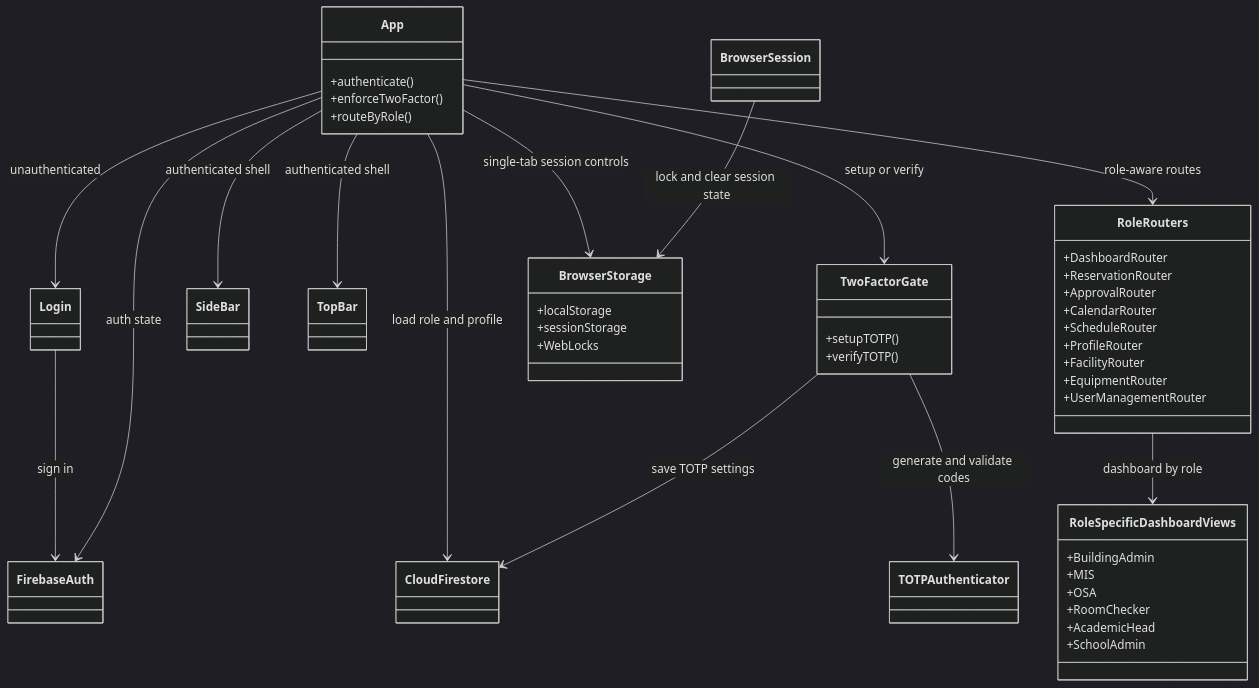
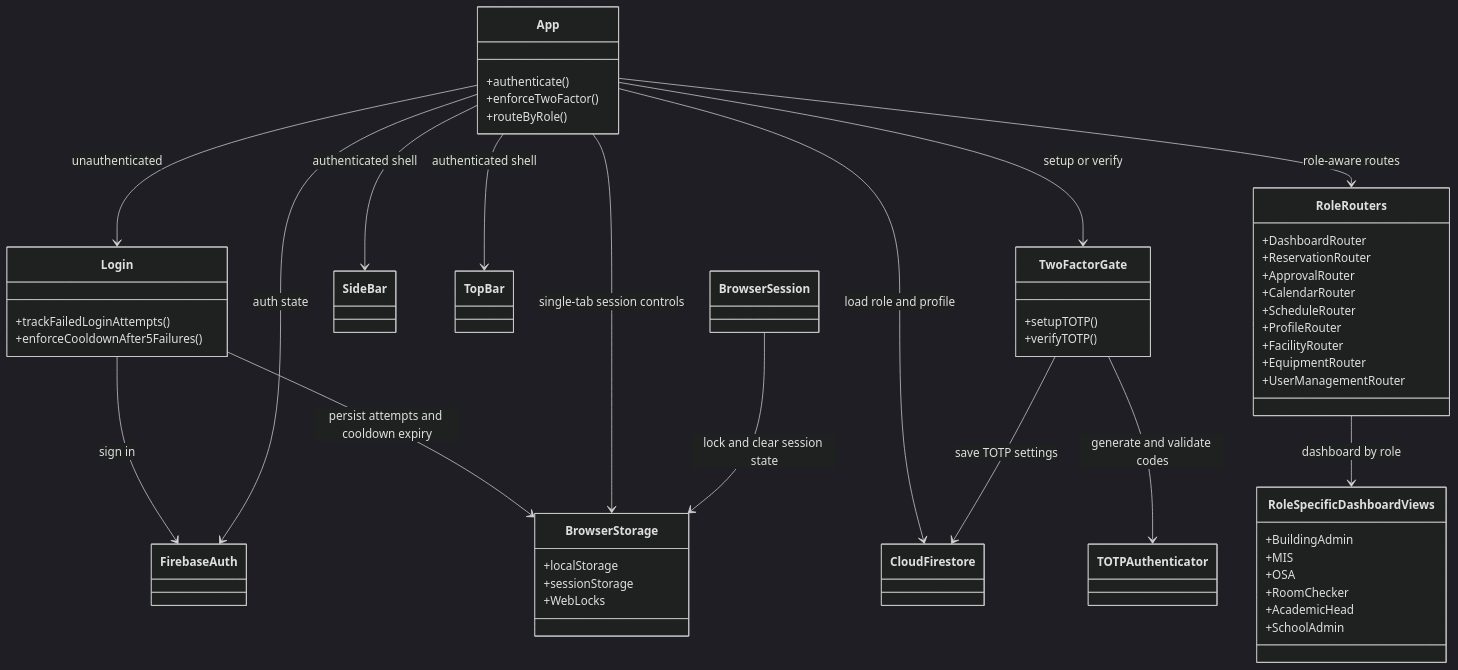
One commit to John-Pastor69/my-react-app changed the first of 5 diagrams in docs/system-uml-mermaid.md. Above: the diagram before and after it, drawn with Mermaid (dark theme). The commit also changed other lines of this file and 2 other files, not shown here.

Commit message:
relevant sourse codes

````diff
--- a/docs/system-uml-mermaid.md
+++ b/docs/system-uml-mermaid.md
@@ -18,59 +20,63 @@
 ```mermaid
 classDiagram
     direction TB
 
     class App {
         +authenticate()
         +enforceTwoFactor()
         +routeByRole()
     }
-    class Login
+    class Login {
+        +trackFailedLoginAttempts()
+        +enforceCooldownAfter5Failures()
+    }
     class TwoFactorGate {
         +setupTOTP()
         +verifyTOTP()
     }
     class SideBar
     class TopBar
     class RoleRouters {
         +DashboardRouter
         +ReservationRouter
         +ApprovalRouter
         +CalendarRouter
         +ScheduleRouter
         +ProfileRouter
         +FacilityRouter
         +EquipmentRouter
         +UserManagementRouter
     }
     class RoleSpecificDashboardViews {
         +BuildingAdmin
         +MIS
         +OSA
         +RoomChecker
         +AcademicHead
         +SchoolAdmin
     }
     class FirebaseAuth
     class CloudFirestore
     class BrowserSession
     class BrowserStorage {
         +localStorage
         +sessionStorage
         +WebLocks
     }
     class TOTPAuthenticator
 
     App --> Login : unauthenticated
     App --> TwoFactorGate : setup or verify
     App --> SideBar : authenticated shell
     App --> TopBar : authenticated shell
     App --> RoleRouters : role-aware routes
     RoleRouters --> RoleSpecificDashboardViews : dashboard by role
     Login --> FirebaseAuth : sign in
+    Login --> BrowserStorage : persist attempts and cooldown expiry
     App --> FirebaseAuth : auth state
     App --> CloudFirestore : load role and profile
     TwoFactorGate --> CloudFirestore : save TOTP settings
     TwoFactorGate --> TOTPAuthenticator : generate and validate codes
     App --> BrowserStorage : single-tab session controls
     BrowserSession --> BrowserStorage : lock and clear session state
 ```
````
